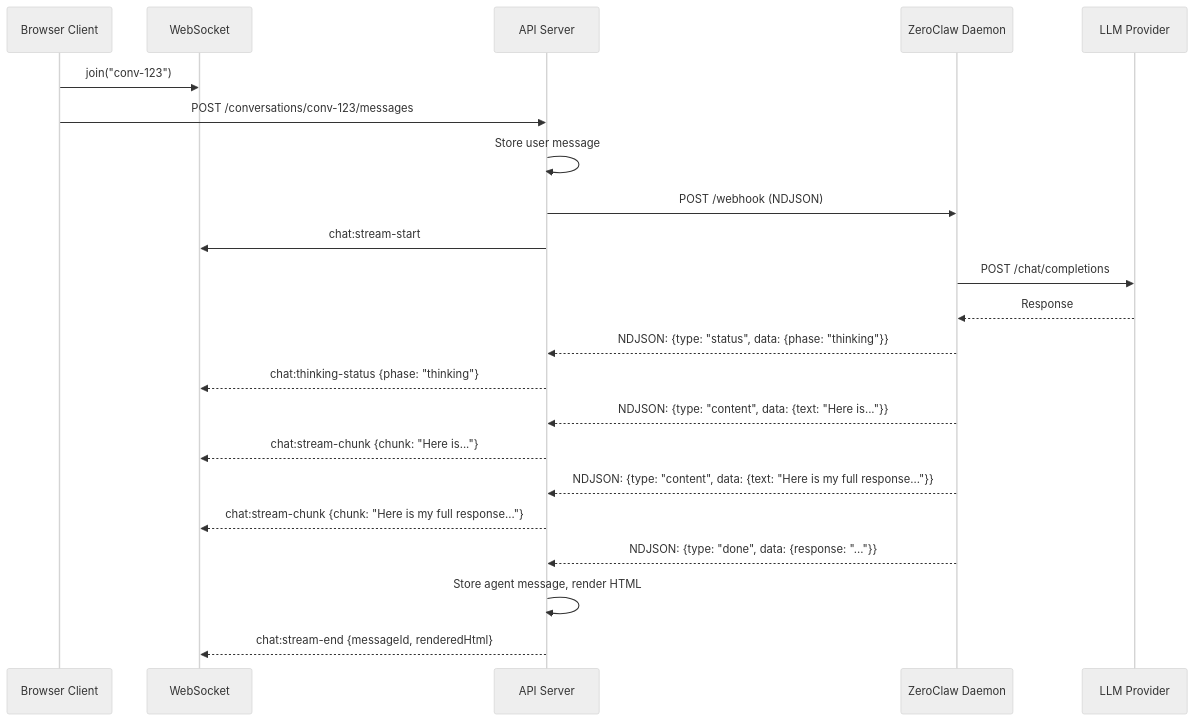
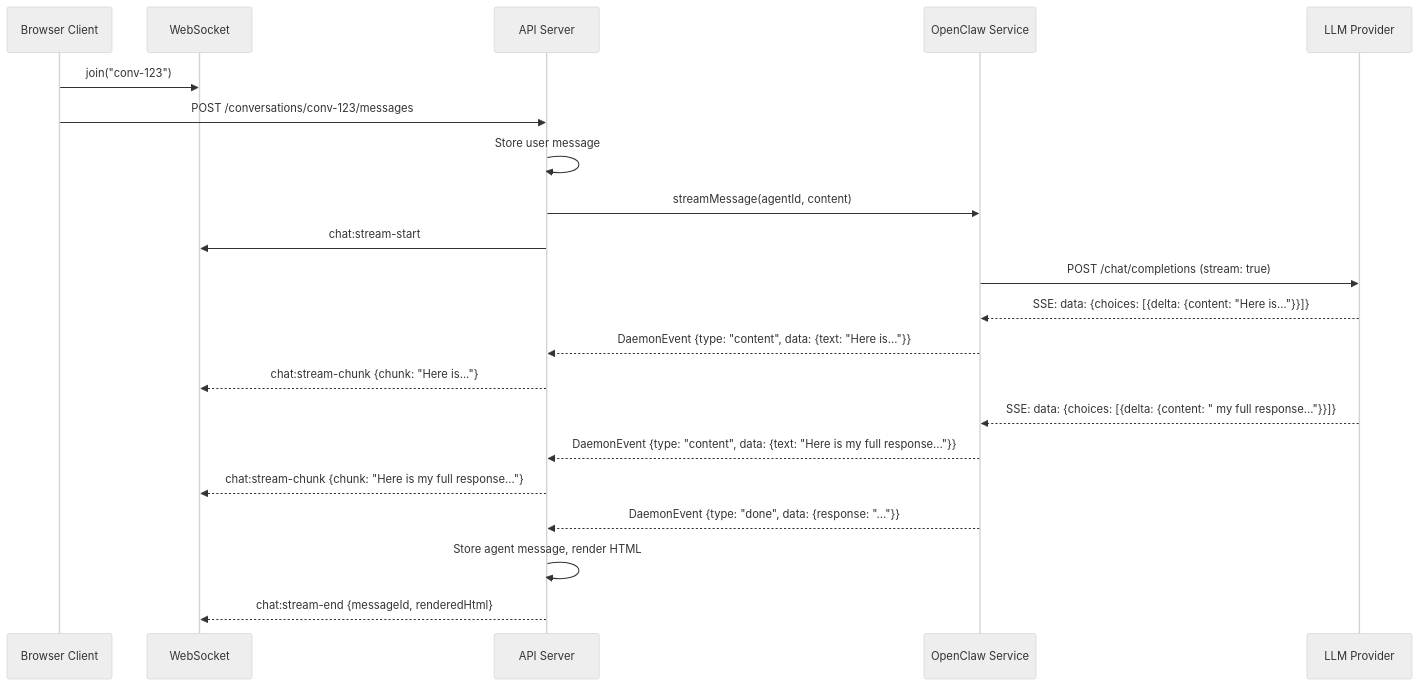
One commit to pde-rent/monokeros changed the third of 4 diagrams in docs/technical/websocket.md. Above: the diagram before and after it, drawn with Mermaid (neutral theme). The commit also changed other lines of this file and 31 other files, not shown here.

First line of the commit message:
feat: rewrite docs for OpenClaw, add acceptance criteria and artifact models

````diff
--- a/docs/technical/websocket.md
+++ b/docs/technical/websocket.md
@@ -165,25 +165,24 @@
 ```mermaid
 sequenceDiagram
     participant User as Browser Client
     participant WS as WebSocket
     participant API as API Server
-    participant Daemon as ZeroClaw Daemon
+    participant OC as OpenClaw Service
     participant LLM as LLM Provider
 
     User->>WS: join("conv-123")
     User->>API: POST /conversations/conv-123/messages
     API->>API: Store user message
-    API->>Daemon: POST /webhook (NDJSON)
+    API->>OC: streamMessage(agentId, content)
     API->>WS: chat:stream-start
-    Daemon->>LLM: POST /chat/completions
-    LLM-->>Daemon: Response
-    Daemon-->>API: NDJSON: {type: "status", data: {phase: "thinking"}}
-    API-->>WS: chat:thinking-status {phase: "thinking"}
-    Daemon-->>API: NDJSON: {type: "content", data: {text: "Here is..."}}
+    OC->>LLM: POST /chat/completions (stream: true)
+    LLM-->>OC: SSE: data: {choices: [{delta: {content: "Here is..."}}]}
+    OC-->>API: DaemonEvent {type: "content", data: {text: "Here is..."}}
     API-->>WS: chat:stream-chunk {chunk: "Here is..."}
-    Daemon-->>API: NDJSON: {type: "content", data: {text: "Here is my full response..."}}
+    LLM-->>OC: SSE: data: {choices: [{delta: {content: " my full response..."}}]}
+    OC-->>API: DaemonEvent {type: "content", data: {text: "Here is my full response..."}}
     API-->>WS: chat:stream-chunk {chunk: "Here is my full response..."}
-    Daemon-->>API: NDJSON: {type: "done", data: {response: "..."}}
+    OC-->>API: DaemonEvent {type: "done", data: {response: "..."}}
     API->>API: Store agent message, render HTML
     API-->>WS: chat:stream-end {messageId, renderedHtml}
 ```
````
